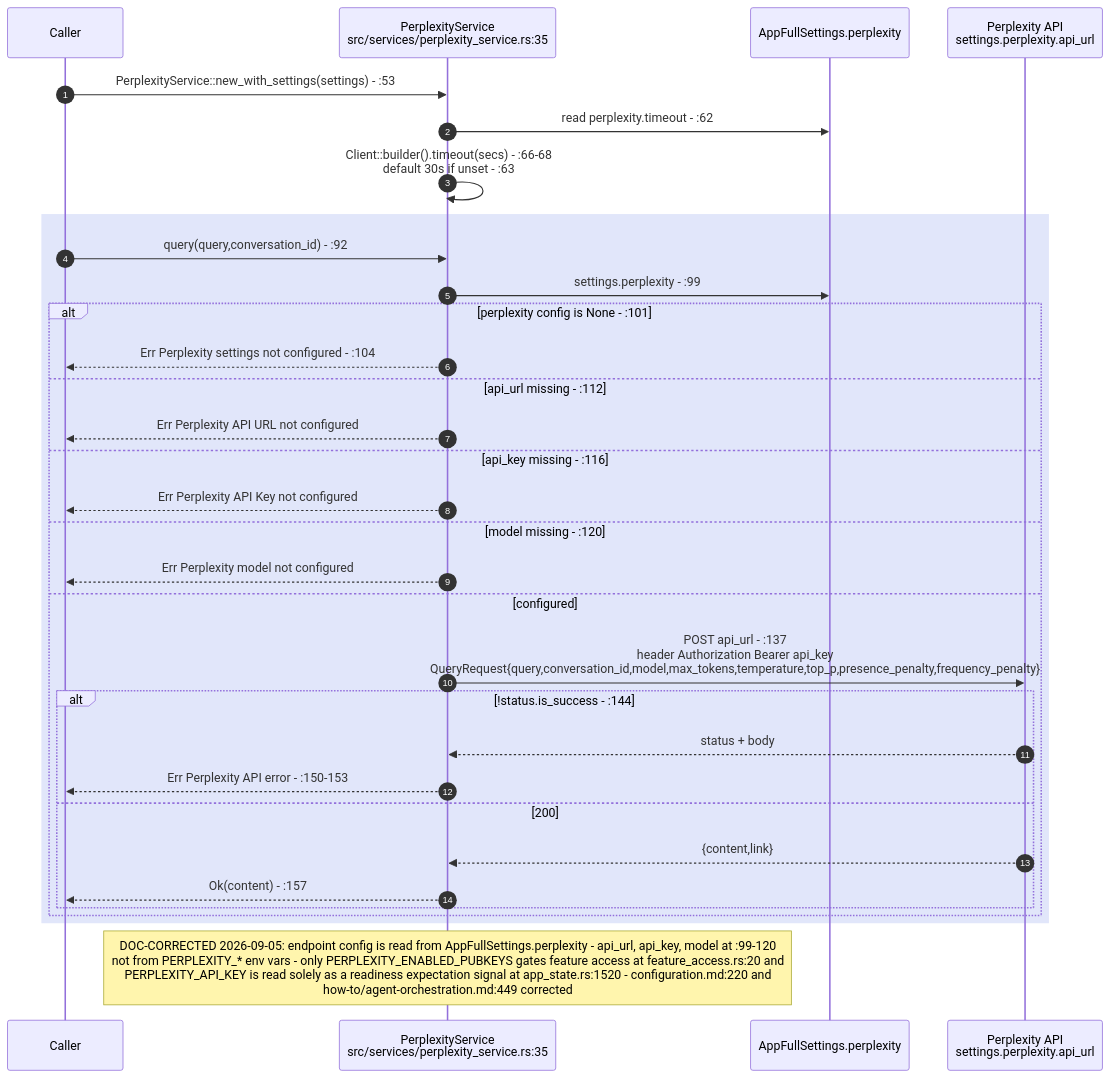
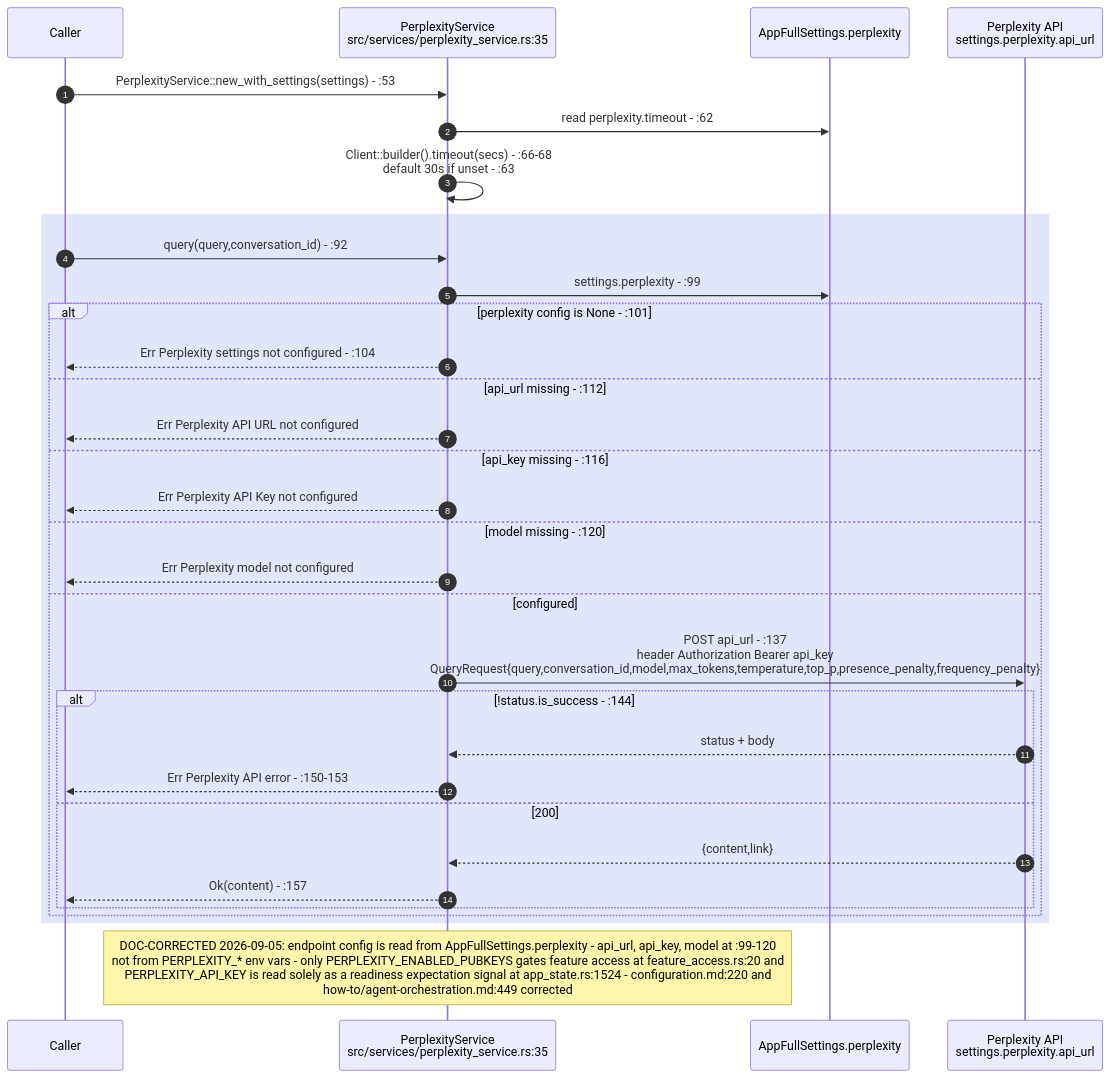
Before and after one commit to DreamLab-AI/VisionFlow: the third of 8 diagrams in docs/diagrams/visionclaw/28-external-services.md, drawn with Mermaid. The commit also changed other lines of this file and 111 other files, not shown here.

Commit message:
docs(diagrams): align estate maps with current source

````diff
--- a/docs/diagrams/visionclaw/28-external-services.md
+++ b/docs/diagrams/visionclaw/28-external-services.md
@@ -127,36 +127,36 @@
 ```mermaid
 sequenceDiagram
     autonumber
     participant Caller
     participant PS as PerplexityService<br/>src/services/perplexity_service.rs:35
     participant SET as AppFullSettings.perplexity
     participant PX as Perplexity API<br/>settings.perplexity.api_url
 
     Caller->>PS: PerplexityService::new_with_settings(settings) - :53
     PS->>SET: read perplexity.timeout - :62
     PS->>PS: Client::builder().timeout(secs) - :66-68<br/>default 30s if unset - :63
 
     rect rgb(225,230,250)
     Caller->>PS: query(query,conversation_id) - :92
     PS->>SET: settings.perplexity - :99
     alt perplexity config is None - :101
         PS-->>Caller: Err Perplexity settings not configured - :104
     else api_url missing - :112
         PS-->>Caller: Err Perplexity API URL not configured
     else api_key missing - :116
         PS-->>Caller: Err Perplexity API Key not configured
     else model missing - :120
         PS-->>Caller: Err Perplexity model not configured
     else configured
         PS->>PX: POST api_url - :137<br/>header Authorization Bearer api_key<br/>QueryRequest{query,conversation_id,model,max_tokens,temperature,top_p,presence_penalty,frequency_penalty}
         alt !status.is_success - :144
             PX-->>PS: status + body
             PS-->>Caller: Err Perplexity API error - :150-153
         else 200
             PX-->>PS: {content,link}
             PS-->>Caller: Ok(content) - :157
         end
     end
     end
-    Note over PS: DOC-CORRECTED 2026-09-05: endpoint config is read from AppFullSettings.perplexity - api_url, api_key, model at :99-120<br/>not from PERPLEXITY_* env vars - only PERPLEXITY_ENABLED_PUBKEYS gates feature access at feature_access.rs:20 and<br/>PERPLEXITY_API_KEY is read solely as a readiness expectation signal at app_state.rs:1520 - configuration.md:220 and<br/>how-to/agent-orchestration.md:449 corrected
+    Note over PS: DOC-CORRECTED 2026-09-05: endpoint config is read from AppFullSettings.perplexity - api_url, api_key, model at :99-120<br/>not from PERPLEXITY_* env vars - only PERPLEXITY_ENABLED_PUBKEYS gates feature access at feature_access.rs:20 and<br/>PERPLEXITY_API_KEY is read solely as a readiness expectation signal at app_state.rs:1524 - configuration.md:220 and<br/>how-to/agent-orchestration.md:449 corrected
 ```
````
